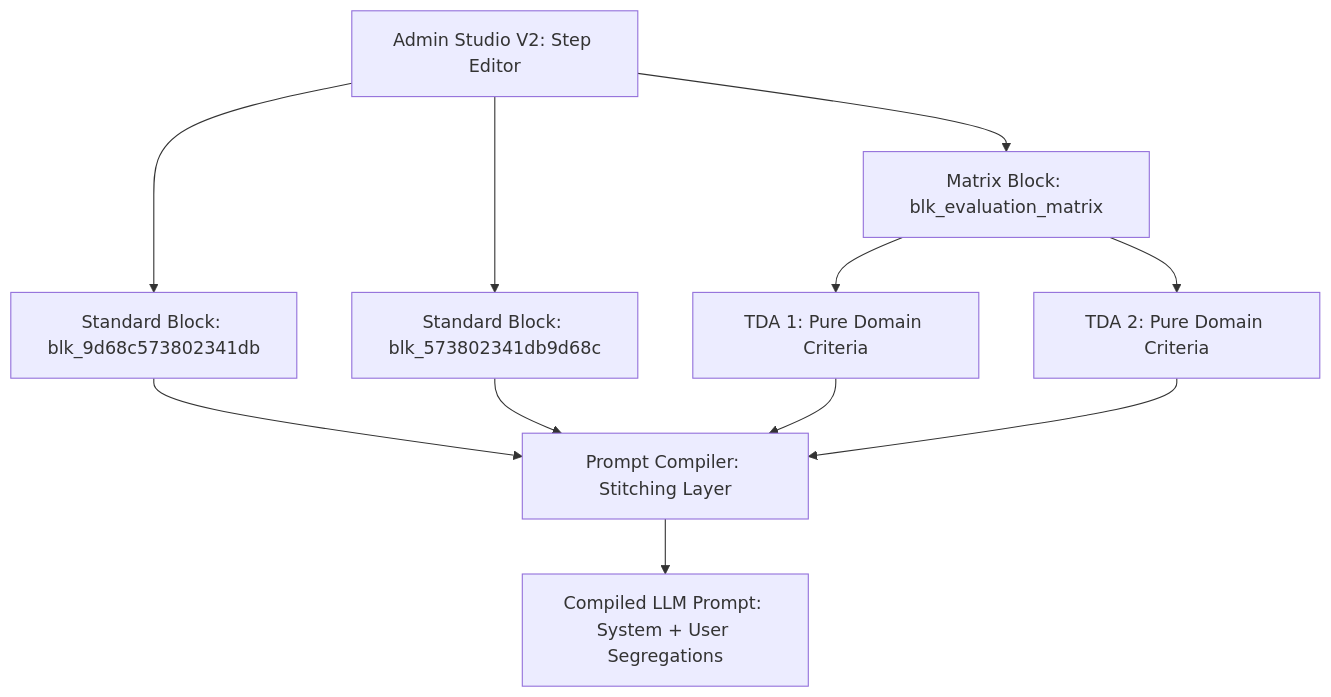
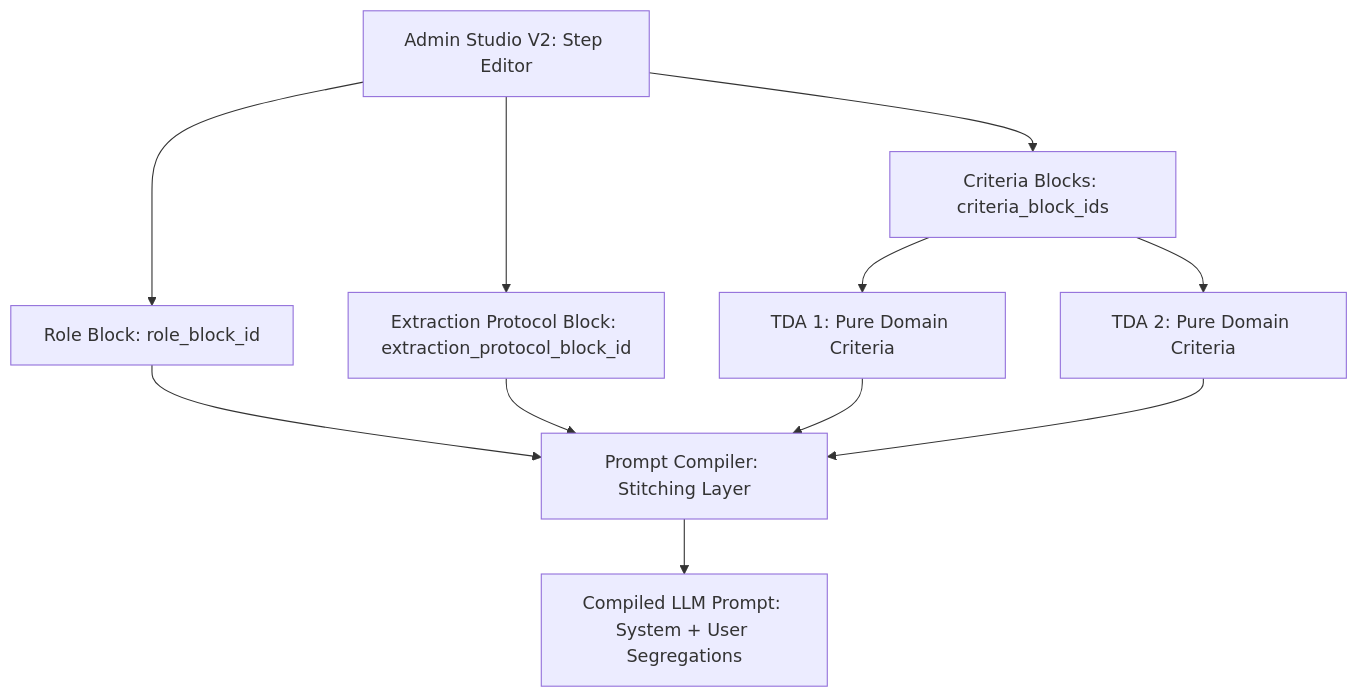
Before and after one commit to launis/quorum: the diagram in docs/epic/EPIC_60_Modular_Extraction_Decoupling.md, drawn with Mermaid. The commit also changed other lines of this file and 84 other files, not shown here.

Commit message:
feat: implement V2 core architecture including orchestrator strategies, domain models, and unified enum-based system definitions.

````diff
--- a/docs/epic/EPIC_60_Modular_Extraction_Decoupling.md
+++ b/docs/epic/EPIC_60_Modular_Extraction_Decoupling.md
@@ -43,16 +54,16 @@
 ```mermaid
 graph TD
-    A[Admin Studio V2: Step Editor] --> B1[Standard Block: blk_9d68c573802341db]
-    A --> B2[Standard Block: blk_573802341db9d68c]
-    A --> B3[Matrix Block: blk_evaluation_matrix]
+    A[Admin Studio V2: Step Editor] --> B1[Role Block: role_block_id]
+    A --> B2[Extraction Protocol Block: extraction_protocol_block_id]
+    A --> B3[Criteria Blocks: criteria_block_ids]
     
     B3 --> C1[TDA 1: Pure Domain Criteria]
     B3 --> C2[TDA 2: Pure Domain Criteria]
     
     B1 --> D[Prompt Compiler: Stitching Layer]
     B2 --> D
     C1 --> D
     C2 --> D
     
     D --> E[Compiled LLM Prompt: System + User Segregations]
 ```
````
